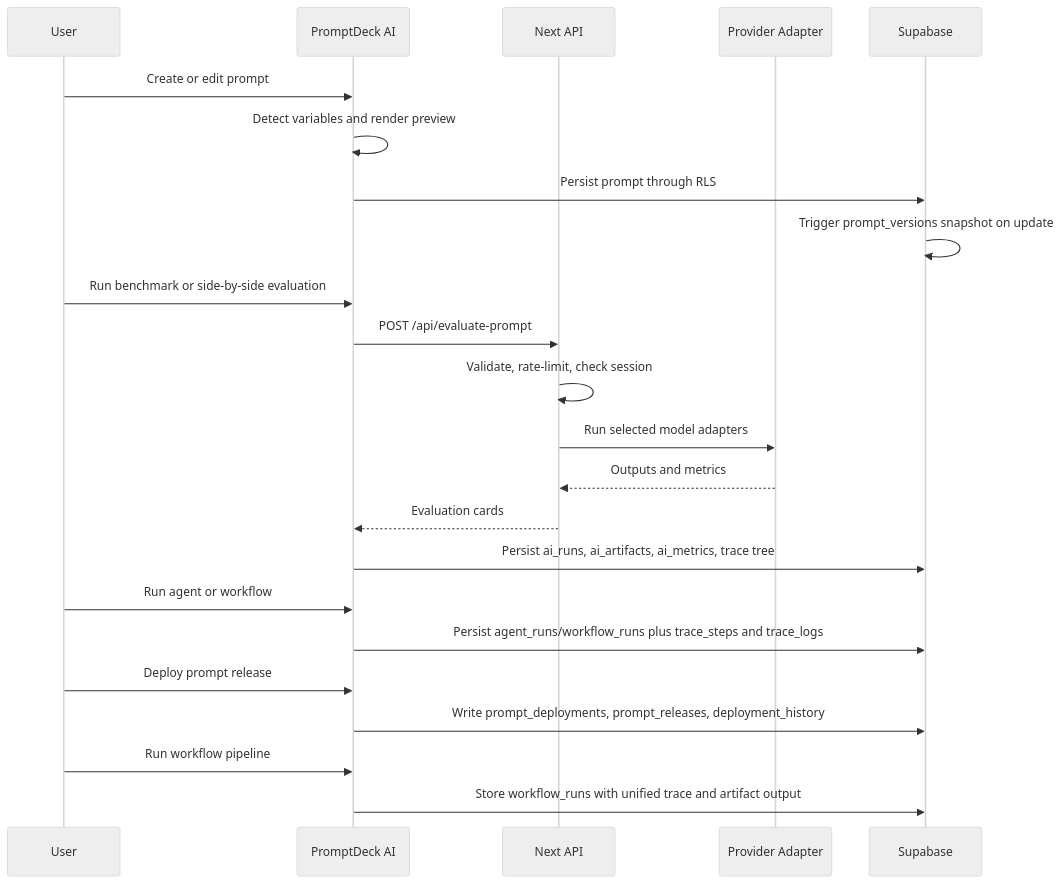
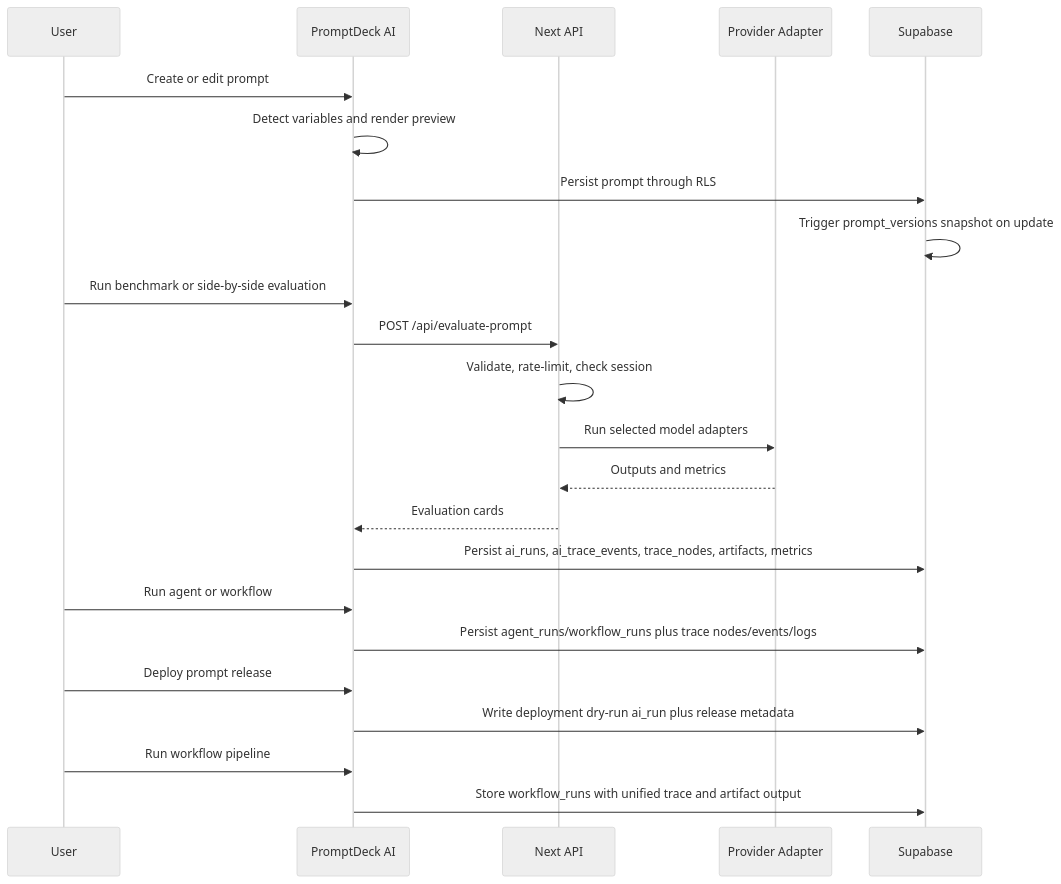
Before and after one commit to obone410/AI-Prompt-Management-Platform: the second of 4 diagrams in docs/ARCHITECTURE.md, drawn with Mermaid (neutral theme). The commit also changed other lines of this file and 22 other files, not shown here.

````diff
--- a/docs/ARCHITECTURE.md
+++ b/docs/ARCHITECTURE.md
@@ -48,26 +48,26 @@
 ```mermaid
 sequenceDiagram
   participant User
   participant UI as PromptDeck AI
   participant API as Next API
   participant AI as Provider Adapter
   participant DB as Supabase
 
   User->>UI: Create or edit prompt
   UI->>UI: Detect variables and render preview
   UI->>DB: Persist prompt through RLS
   DB->>DB: Trigger prompt_versions snapshot on update
   User->>UI: Run benchmark or side-by-side evaluation
   UI->>API: POST /api/evaluate-prompt
   API->>API: Validate, rate-limit, check session
   API->>AI: Run selected model adapters
   AI-->>API: Outputs and metrics
   API-->>UI: Evaluation cards
-  UI->>DB: Persist ai_runs, ai_artifacts, ai_metrics, trace tree
+  UI->>DB: Persist ai_runs, ai_trace_events, trace_nodes, artifacts, metrics
   User->>UI: Run agent or workflow
-  UI->>DB: Persist agent_runs/workflow_runs plus trace_steps and trace_logs
+  UI->>DB: Persist agent_runs/workflow_runs plus trace nodes/events/logs
   User->>UI: Deploy prompt release
-  UI->>DB: Write prompt_deployments, prompt_releases, deployment_history
+  UI->>DB: Write deployment dry-run ai_run plus release metadata
   User->>UI: Run workflow pipeline
   UI->>DB: Store workflow_runs with unified trace and artifact output
 ```
````
